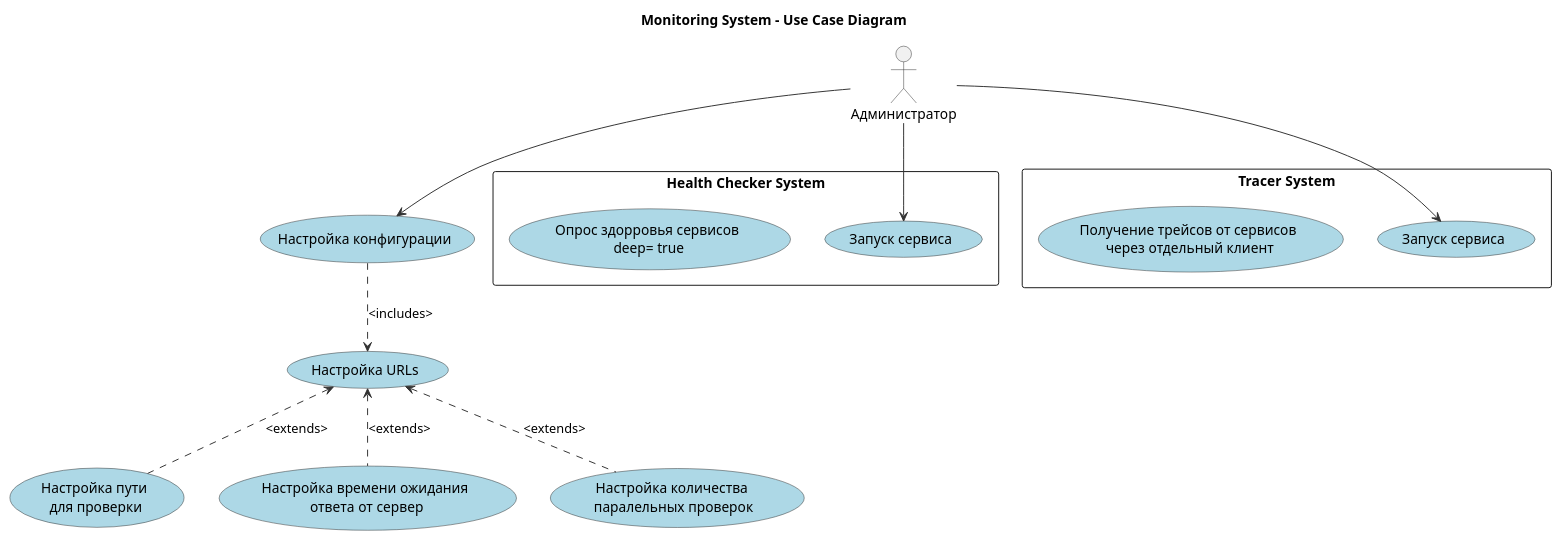
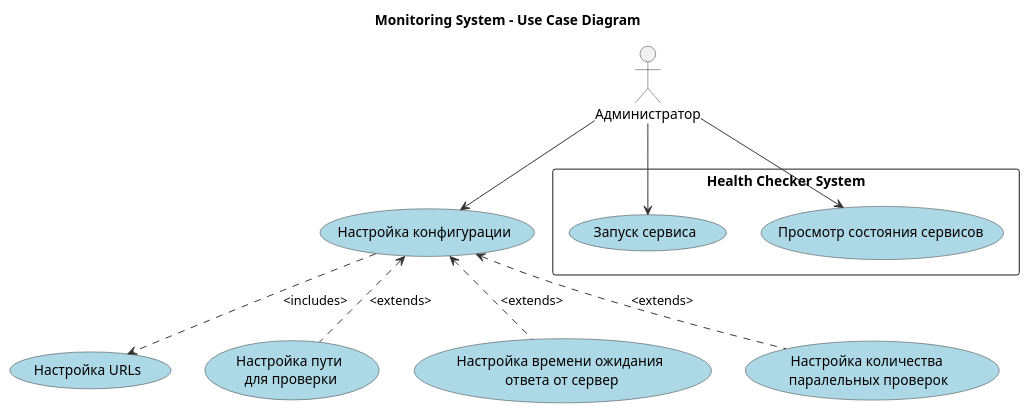
Before and after one commit to seriykordinal/health-checker-proj: the diagram in UseCase.puml, drawn with PlantUML. The commit also changed 5 other files, not shown here.

Commit message:
Modify activity and useCase, create first classs and sequence diagram, move builder to separate file

```diff
--- a/UseCase.puml
+++ b/UseCase.puml
@@ -1,45 +1,47 @@
 @startuml Monitoring_UseCase
 title Monitoring System - Use Case Diagram
 
 skinparam actorBorderColor #333
 skinparam usecaseBorderColor #333
 skinparam usecase {
     BackgroundColor #LightBlue
     BorderColor #333
     ArrowColor #333
 }
 
 actor "Администратор" as Admin
 
 
 usecase "Настройка конфигурации" as UC1
 usecase "Настройка URLs" as UC2
 usecase "Настройка пути\n для проверки" as UC3
 usecase "Настройка времени ожидания\n ответа от сервер" as UC4
 usecase "Настройка количества\n паралельных проверок" as UC5
 
 
 rectangle "Health Checker System" {
     usecase "Запуск сервиса" as HC1
-    usecase "Опрос здорровья сервисов\n deep= true" as HC2
+    usecase "Просмотр состояния сервисов" as HC2
 
 }
 
-rectangle "Tracer System" {
-    usecase "Запуск сервиса" as T1
-    usecase "Получение трейсов от сервисов\n через отдельный клиент" as T3
+' rectangle "Tracer System" {
+'     usecase "Запуск сервиса" as T1
+'     usecase "Просмотр трейсов" as T2
 
-}
+' }
 
 
 Admin --> UC1 
-Admin --> T1
 Admin --> HC1
+Admin --> HC2
+' Admin --> T1
+' Admin --> T2
 
 
 UC1 ..> UC2: <includes> 
-UC2 <.. UC3: <extends>
-UC2 <.. UC4: <extends>
-UC2 <.. UC5: <extends>
+UC1 <.. UC3: <extends>
+UC1 <.. UC4: <extends>
+UC1 <.. UC5: <extends>
 
 @enduml
```
